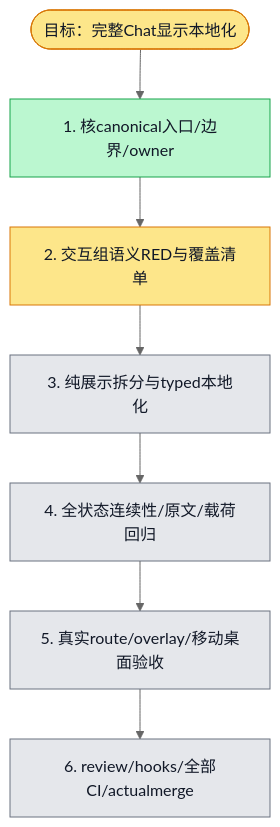
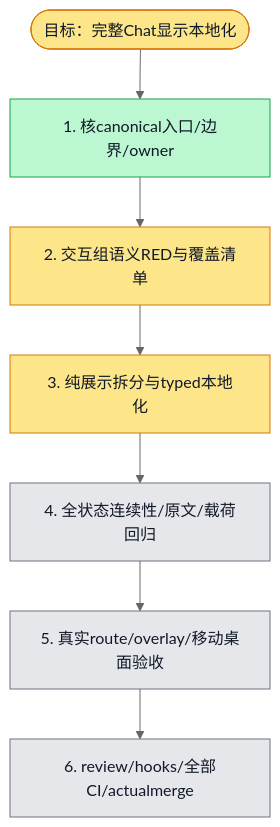
One commit to boardx/workspacex changed the diagram in docs/design/i18n-chat-workspace/plan.md. Above: the diagram before and after it, drawn with Mermaid (neutral theme). The commit also changed 25 other files, not shown here.

````diff
--- a/docs/design/i18n-chat-workspace/plan.md
+++ b/docs/design/i18n-chat-workspace/plan.md
@@ -17,26 +17,26 @@
 ```mermaid
 flowchart TD
   G([目标：完整Chat显示本地化])
   S1[1. 核canonical入口/边界/owner]
   S2[2. 交互组语义RED与覆盖清单]
   S3[3. 纯展示拆分与typed本地化]
   S4[4. 全状态连续性/原文/载荷回归]
   S5[5. 真实route/overlay/移动桌面验收]
   S6[6. review/hooks/全部CI/actualmerge]
 
   G --> S1 --> S2 --> S3 --> S4 --> S5 --> S6
 
   classDef todo fill:#e5e7eb,stroke:#6b7280,color:#111827
   classDef doing fill:#fde68a,stroke:#d97706,color:#111827
   classDef done fill:#bbf7d0,stroke:#16a34a,color:#111827
   classDef tested fill:#ddd6fe,stroke:#7c3aed,color:#111827
   classDef blocked fill:#fecaca,stroke:#dc2626,color:#111827
 
   class G doing
   class S1 done
   class S2 doing
-  class S3 todo
+  class S3 doing
   class S4 todo
   class S5 todo
   class S6 todo
 ```
````
